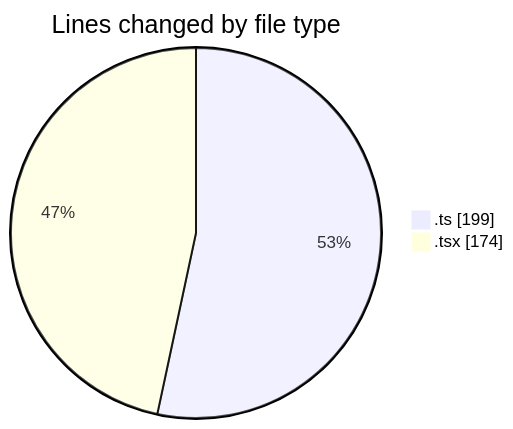
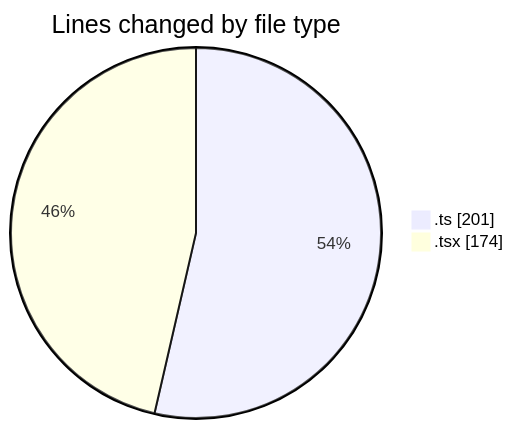
The first of 2 diagrams in 2025-10-28/eventscop-frontend-guide__workspace_/README.md (julien-gomy/code-tracking), drawn with Mermaid before and after one commit. The commit also changed other lines of this file and 1 other file, not shown here.

````diff
--- a/2025-10-28/eventscop-frontend-guide__workspace_/README.md
+++ b/2025-10-28/eventscop-frontend-guide__workspace_/README.md
@@ -27,6 +27,6 @@
 ```mermaid
 pie showData
 title Lines changed by file type
-".ts" : 199
+".ts" : 201
 ".tsx" : 174
 ```
````
